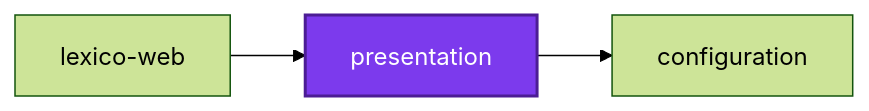
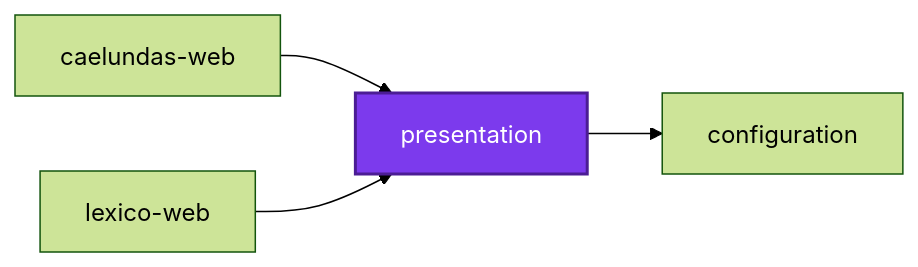
One commit to organizzolini/codebase changed the first of 2 diagrams in projects/common/presentation/README.md. Above: the diagram before and after it, drawn with Mermaid (forest theme). The commit also changed 183 other files, not shown here.

````diff
--- a/projects/common/presentation/README.md
+++ b/projects/common/presentation/README.md
@@ -477,10 +477,12 @@
 ```mermaid
 graph LR
+  caelundas_web["caelundas-web"]
   configuration["configuration"]
   lexico_web["lexico-web"]
   presentation["presentation"]
+  caelundas_web --> presentation
   lexico_web --> presentation
   presentation --> configuration
   classDef subject fill:#7c3aed,color:#fff,stroke:#4c1d95,stroke-width:2px
   class presentation subject
 ```
````
